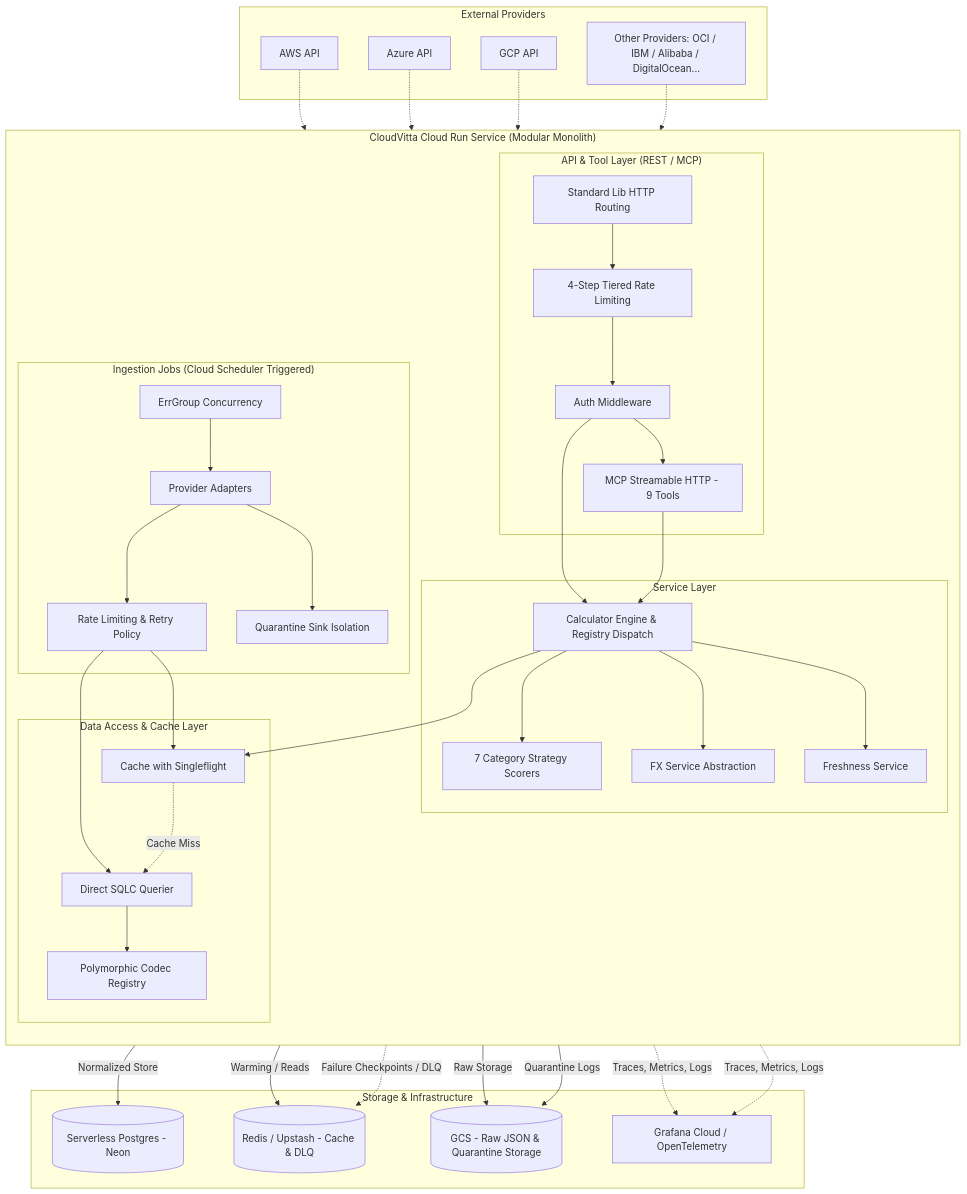
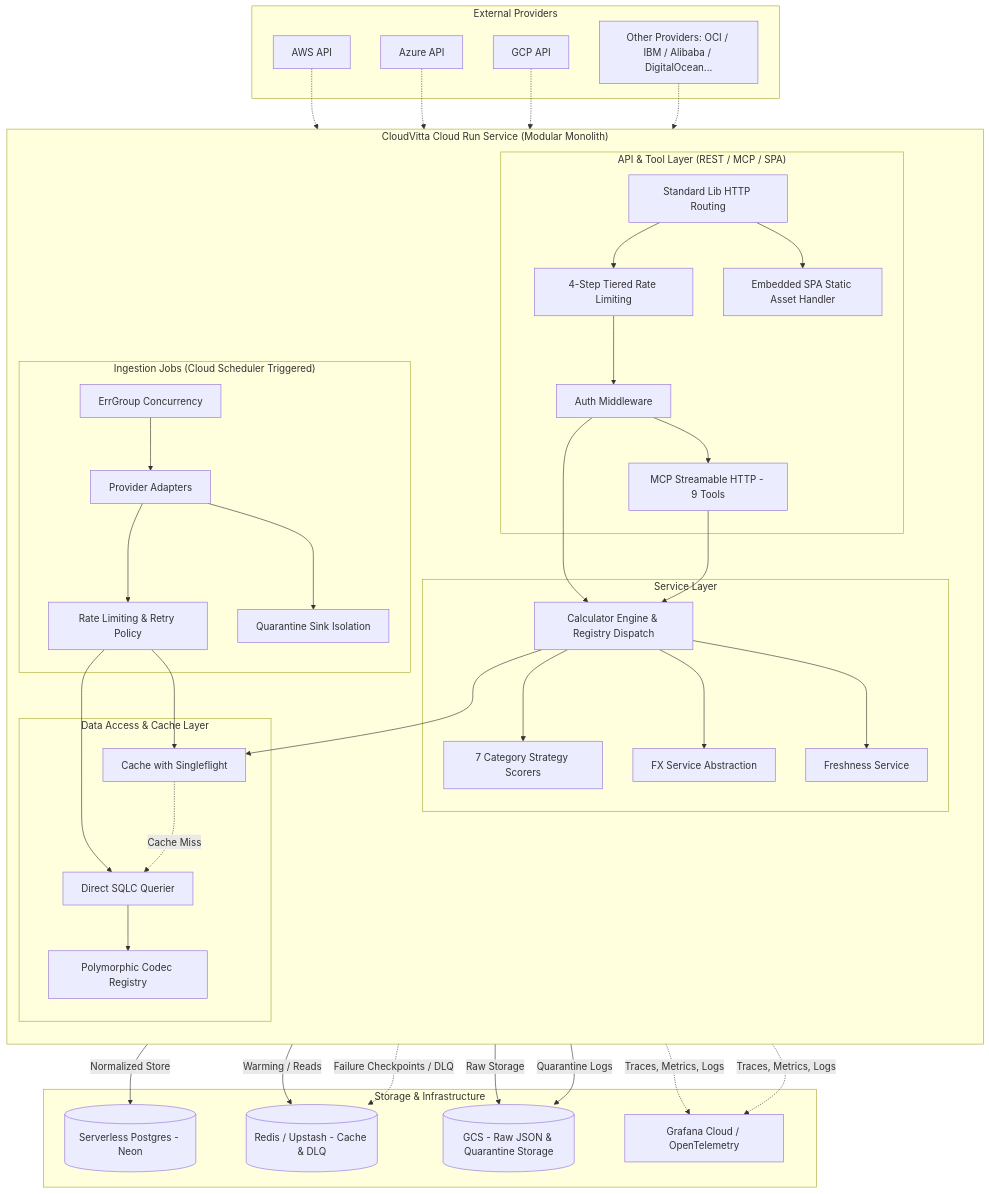
Before and after one commit to thatengineerguy21/cloudvitta: the diagram in docs/diagrams/01-system-architecture.md, drawn with Mermaid. The commit also changed 14 other files, not shown here.

First line of the commit message:
feat(deploy): convert architecture to single unified service

````diff
--- a/docs/diagrams/01-system-architecture.md
+++ b/docs/diagrams/01-system-architecture.md
@@ -3,80 +3,82 @@
 ```mermaid
 flowchart TD
     subgraph "External Providers"
         P1[AWS API]
         P2[Azure API]
         P3[GCP API]
         PN[Other Providers: OCI / IBM / Alibaba / DigitalOcean...]
     end
 
     subgraph "CloudVitta Cloud Run Service (Modular Monolith)"
         direction TB
         
         subgraph "Ingestion Jobs (Cloud Scheduler Triggered)"
             I_WG[ErrGroup Concurrency]
             I_AD[Provider Adapters]
             I_RL[Rate Limiting & Retry Policy]
             I_QS[Quarantine Sink Isolation]
             I_WG --> I_AD
             I_AD --> I_RL
             I_AD --> I_QS
         end
 
-        subgraph "API & Tool Layer (REST / MCP)"
+        subgraph "API & Tool Layer (REST / MCP / SPA)"
             API_R[Standard Lib HTTP Routing]
             API_RL[4-Step Tiered Rate Limiting]
             API_Auth[Auth Middleware]
             API_MCP[MCP Streamable HTTP - 9 Tools]
+            API_SPA[Embedded SPA Static Asset Handler]
             API_R --> API_RL
+            API_R --> API_SPA
             API_RL --> API_Auth
             API_Auth --> API_MCP
         end
 
         subgraph "Service Layer"
             S_CE[Calculator Engine & Registry Dispatch]
             S_SM[7 Category Strategy Scorers]
             S_FX[FX Service Abstraction]
             S_FS[Freshness Service]
             
             S_CE --> S_SM
             S_CE --> S_FX
             S_CE --> S_FS
         end
 
         subgraph "Data Access & Cache Layer"
             D_SQLC[Direct SQLC Querier]
             D_Cache[Cache with Singleflight]
             D_Codec[Polymorphic Codec Registry]
         end
 
         API_Auth --> S_CE
         API_MCP --> S_CE
         I_RL --> D_SQLC
         I_RL --> D_Cache
         S_CE --> D_Cache
         D_Cache -.->|Cache Miss| D_SQLC
         D_SQLC --> D_Codec
     end
 
     subgraph "Storage & Infrastructure"
         DB[(Serverless Postgres - Neon)]
         Redis[(Redis / Upstash - Cache & DLQ)]
         GCS[(GCS - Raw JSON & Quarantine Storage)]
         OTEL[Grafana Cloud / OpenTelemetry]
     end
 
     P1 -.-> I_WG
     P2 -.-> I_WG
     P3 -.-> I_WG
     PN -.-> I_WG
 
     I_AD -->|Raw Storage| GCS
     I_QS -->|Quarantine Logs| GCS
     D_SQLC -->|Normalized Store| DB
     D_Cache -->|Warming / Reads| Redis
     
     %% Telemetry and DLQ
     API_Auth -.->|Traces, Metrics, Logs| OTEL
     I_WG -.->|Traces, Metrics, Logs| OTEL
     I_WG -.->|Failure Checkpoints / DLQ| Redis
 ```
````
